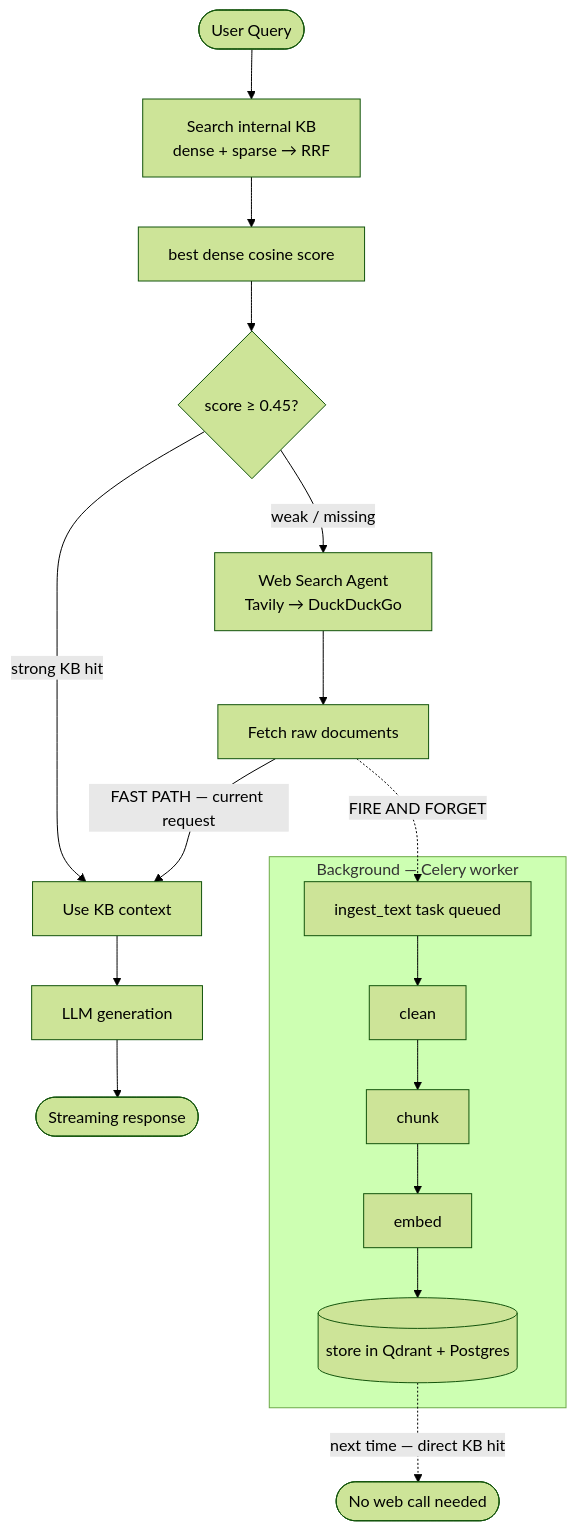
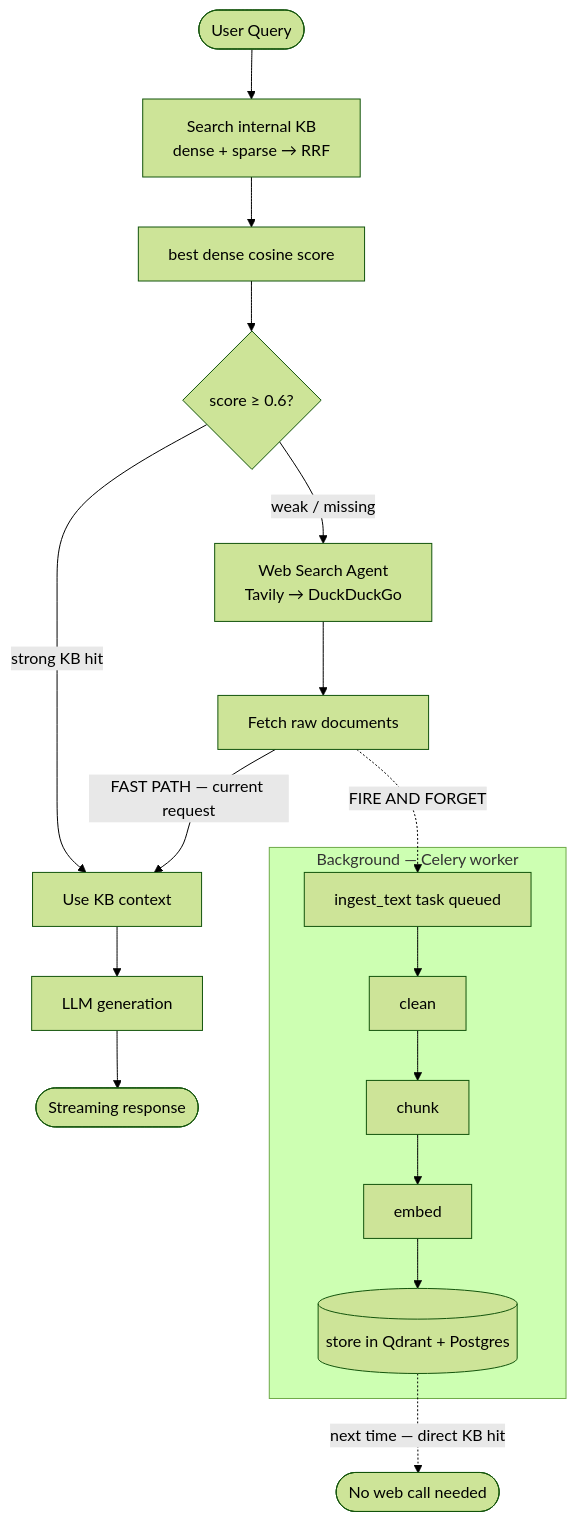
Before and after one commit to anuragchaubey1224/Verity: the fifth of 9 diagrams in Architecture/FLOW_DIAGRAM.md, drawn with Mermaid (forest theme). The commit also changed other lines of this file and 3 other files, not shown here.

First line of the commit message:
docs: correct stale values in flow diagram, UI copy, and code comments

````diff
--- a/Architecture/FLOW_DIAGRAM.md
+++ b/Architecture/FLOW_DIAGRAM.md
@@ -156,20 +156,20 @@
 ```mermaid
 flowchart TD
     A([User Query]) --> B[Search internal KB<br/>dense + sparse → RRF]
     B --> C[best dense cosine score]
-    C --> H{score ≥ 0.45?}
+    C --> H{score ≥ 0.6?}
 
     H -->|strong KB hit| I[Use KB context]
     H -->|weak / missing| J[Web Search Agent<br/>Tavily → DuckDuckGo]
 
     J --> K[Fetch raw documents]
     K -->|FAST PATH — current request| I
     K -. FIRE AND FORGET .-> L
 
     subgraph BG["Background — Celery worker"]
         L[ingest_text task queued] --> M[clean] --> N[chunk] --> O[embed] --> P[(store in Qdrant + Postgres)]
     end
 
     I --> Q[LLM generation] --> R([Streaming response])
     P -.->|next time — direct KB hit| S([No web call needed])
 ```
````
